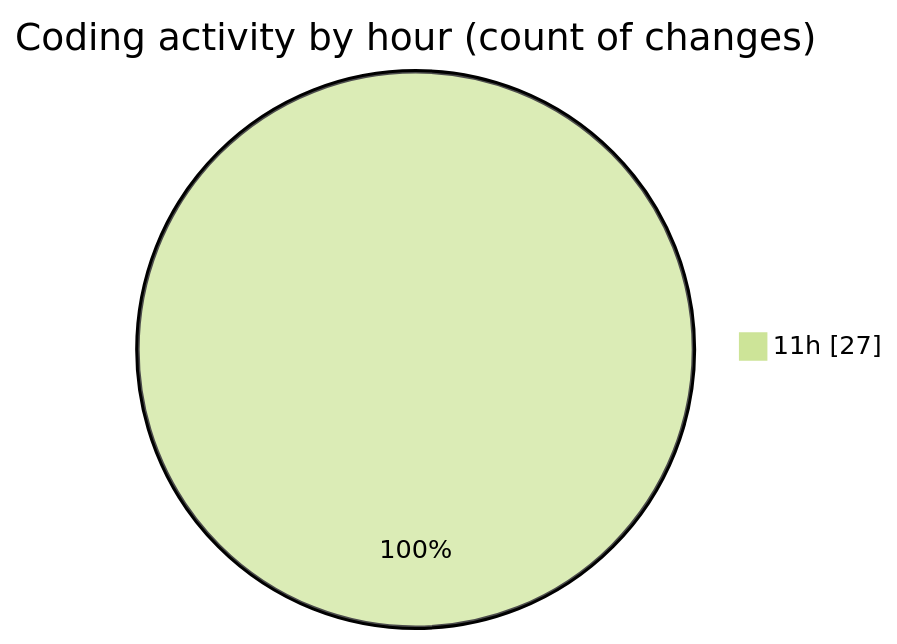
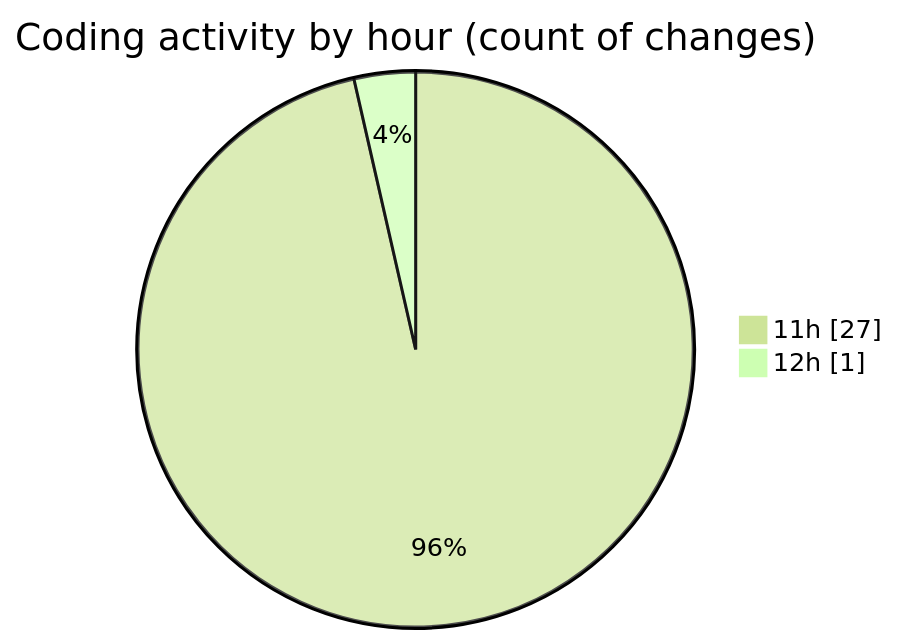
The second of 2 diagrams in 2025-04-18/myws__workspace_/README.md (MatusMokan/code-tracking), drawn with Mermaid (forest theme) before and after one commit. The commit also changed other lines of this file and 1 other file, not shown here.

````diff
--- a/2025-04-18/myws__workspace_/README.md
+++ b/2025-04-18/myws__workspace_/README.md
@@ -28,5 +28,6 @@
 ```mermaid
 pie showData
 title Coding activity by hour (count of changes)
 "11h" : 27
+"12h" : 1
 ```
````
